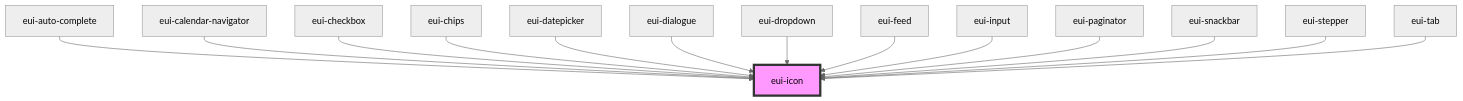
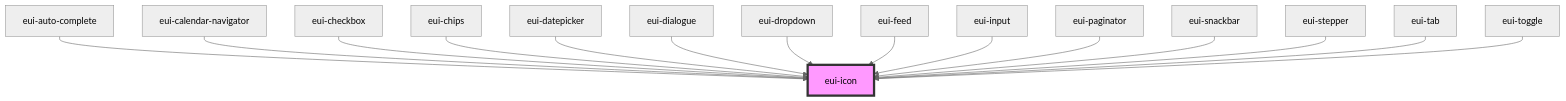
Before and after one commit to pnd-amirhosein/U_and_I: the diagram in ensemble-ui/src/components/icon/readme.md, drawn with Mermaid (neutral theme). The commit also changed other lines of this file and 14 other files, not shown here.

````diff
--- a/ensemble-ui/src/components/icon/readme.md
+++ b/ensemble-ui/src/components/icon/readme.md
@@ -36,17 +37,18 @@
 ```mermaid
 graph TD;
   eui-auto-complete --> eui-icon
   eui-calendar-navigator --> eui-icon
   eui-checkbox --> eui-icon
   eui-chips --> eui-icon
   eui-datepicker --> eui-icon
   eui-dialogue --> eui-icon
   eui-dropdown --> eui-icon
   eui-feed --> eui-icon
   eui-input --> eui-icon
   eui-paginator --> eui-icon
   eui-snackbar --> eui-icon
   eui-stepper --> eui-icon
   eui-tab --> eui-icon
+  eui-toggle --> eui-icon
   style eui-icon fill:#f9f,stroke:#333,stroke-width:4px
 ```
````
